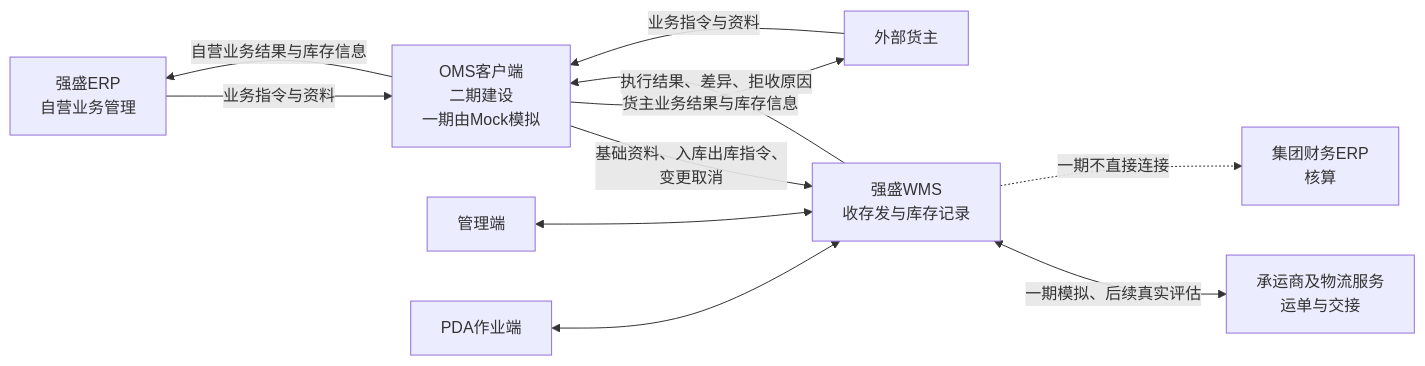
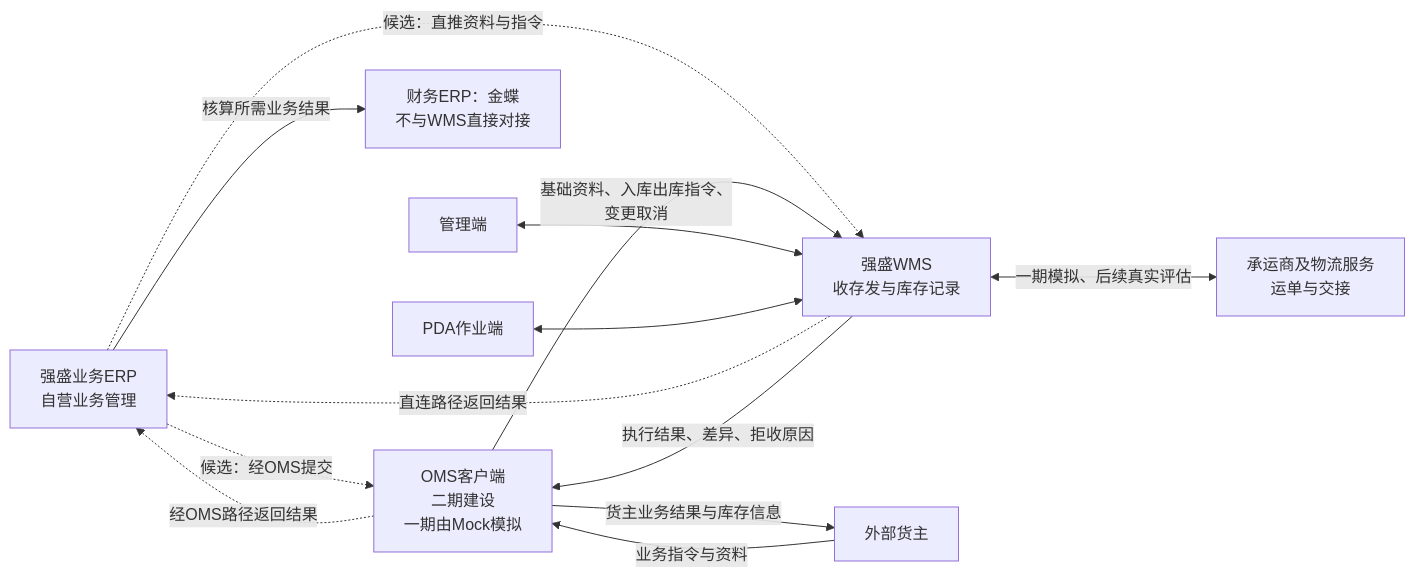
The diagram in 05-应用设计方案/20261002-MVP版本/系统架构设计/04-系统边界与上下游链路总览.md (TopVitamin/QS-WMS-Project), drawn with Mermaid before and after one commit. The commit also changed other lines of this file and 148 other files, not shown here.

````diff
--- a/05-应用设计方案/20261002-MVP版本/系统架构设计/04-系统边界与上下游链路总览.md
+++ b/05-应用设计方案/20261002-MVP版本/系统架构设计/04-系统边界与上下游链路总览.md
@@ -18,13 +18,15 @@
 ```mermaid
 flowchart LR
-    E[强盛ERP<br/>自营业务管理] -->|业务指令与资料| OMS
+    E[强盛业务ERP<br/>自营业务管理] -.->|候选：经OMS提交| OMS
+    E -.->|候选：直推资料与指令| W
+    W -.->|直连路径返回结果| E
     C[外部货主] -->|业务指令与资料| OMS
     OMS[OMS客户端<br/>二期建设<br/>一期由Mock模拟] -->|基础资料、入库出库指令、<br/>变更取消| W[强盛WMS<br/>收存发与库存记录]
     W -->|执行结果、差异、拒收原因| OMS
-    OMS -->|自营业务结果与库存信息| E
+    OMS -.->|经OMS路径返回结果| E
     OMS -->|货主业务结果与库存信息| C
     W <-->|一期模拟、后续真实评估| L[承运商及物流服务<br/>运单与交接]
-    W -.->|一期不直接连接| F[集团财务ERP<br/>核算]
+    E -->|核算所需业务结果| F[财务ERP：金蝶<br/>不与WMS直接对接]
     P1[管理端] <--> W
     P2[PDA作业端] <--> W
 ```
````
